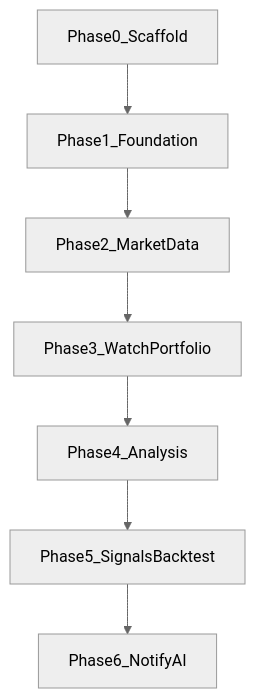
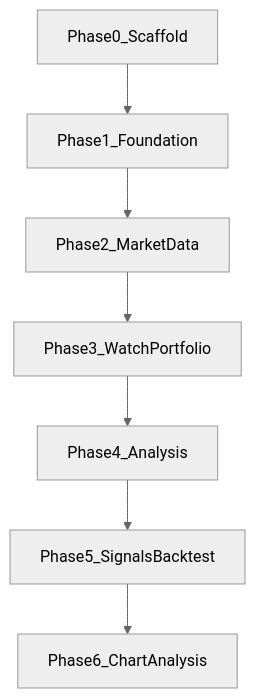
Before and after one commit to KenichiroArai/market-platform: the diagram in docs/roadmap.md, drawn with Mermaid (neutral theme). The commit also changed other lines of this file and 22 other files, not shown here.

````diff
--- a/docs/roadmap.md
+++ b/docs/roadmap.md
@@ -5,12 +5,12 @@
 ```mermaid
 flowchart TB
   p0[Phase0_Scaffold]
   p1[Phase1_Foundation]
   p2[Phase2_MarketData]
   p3[Phase3_WatchPortfolio]
   p4[Phase4_Analysis]
   p5[Phase5_SignalsBacktest]
-  p6[Phase6_NotifyAI]
+  p6[Phase6_ChartAnalysis]
 
   p0 --> p1 --> p2 --> p3 --> p4 --> p5 --> p6
 ```
````
